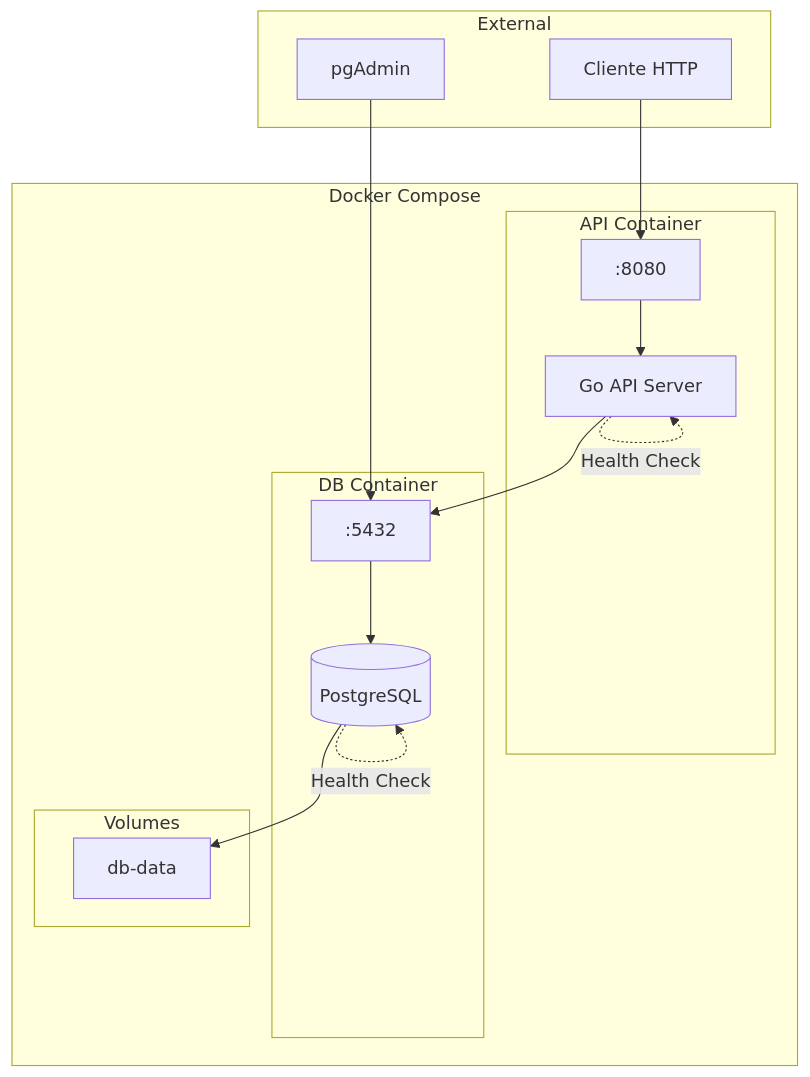
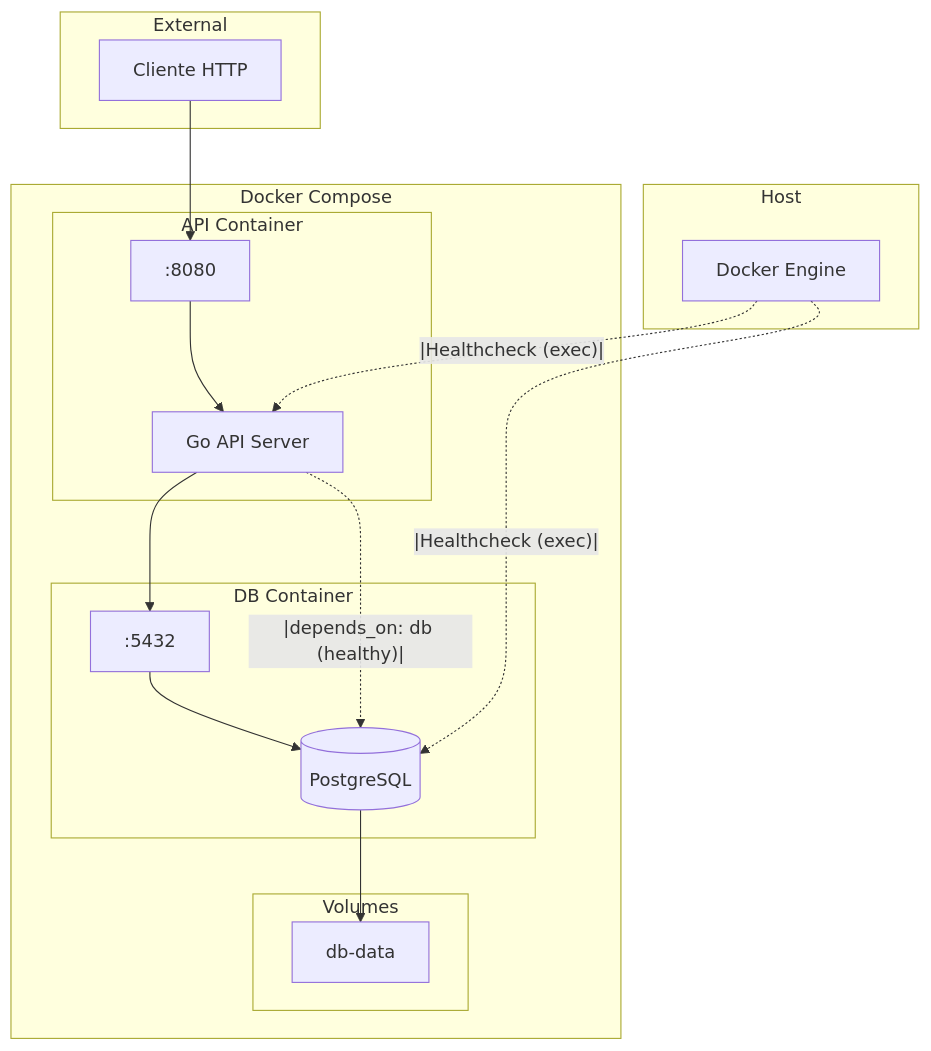
Before and after one commit to tatoand97/todolist: the eighth of 8 diagrams in README.md, drawn with Mermaid.

````diff
--- a/README.md
+++ b/README.md
@@ -462,33 +462,37 @@
 ```mermaid
 graph TB
+    subgraph Host
+        DE[Docker Engine]
+    end
+
     subgraph "Docker Compose"
         subgraph "API Container"
             API[Go API Server]
             PORT[":8080"]
         end
         
         subgraph "DB Container"
             DB[(PostgreSQL)]
             DBPORT[":5432"]
         end
         
         subgraph "Volumes"
             VOL[db-data]
         end
     end
     
     subgraph "External"
         CLIENT[Cliente HTTP]
-        ADMIN[pgAdmin]
     end
     
     CLIENT --> PORT
     PORT --> API
     API --> DBPORT
     DBPORT --> DB
     DB --> VOL
-    ADMIN --> DBPORT
-    
-    API -.->|Health Check| API
-    DB -.->|Health Check| DB
+
+    DE -. |Healthcheck (exec)| .-> API
+    DE -. |Healthcheck (exec)| .-> DB
+
+    API -. |depends_on: db (healthy)| .-> DB
 ```
````
